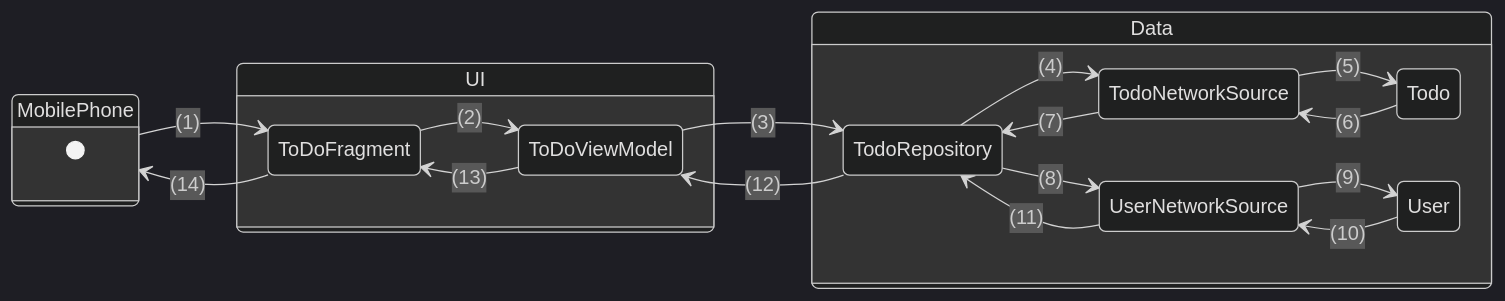
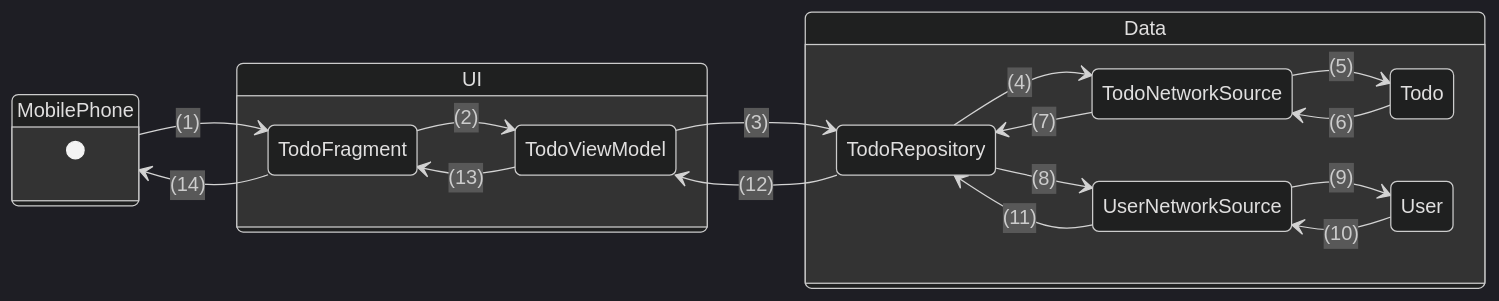
One commit to cambridge-cares/TheWorldAvatar changed the third of 3 diagrams in Apps/SampleApp/README.md. Above: the diagram before and after it, drawn with Mermaid (dark theme). The commit also changed other lines of this file, not shown here.

````diff
--- a/Apps/SampleApp/README.md
+++ b/Apps/SampleApp/README.md
@@ -229,30 +229,30 @@
 ```mermaid
     stateDiagram-v2
       direction LR
 
-      MobilePhone --> ToDoFragment: (1)
-      ToDoViewModel --> TodoRepository: (3)
-      TodoRepository --> ToDoViewModel: (12)
-      ToDoFragment --> MobilePhone: (14)
+      MobilePhone --> TodoFragment: (1)
+      TodoViewModel --> TodoRepository: (3)
+      TodoRepository --> TodoViewModel: (12)
+      TodoFragment --> MobilePhone: (14)
 
       state MobilePhone {
         [*]
       }
 
       state UI {
-       ToDoFragment --> ToDoViewModel: (2)
-       ToDoViewModel --> ToDoFragment: (13)
+       TodoFragment --> TodoViewModel: (2)
+       TodoViewModel --> TodoFragment: (13)
       }
 
       state Data {
         TodoRepository --> TodoNetworkSource: (4)
         TodoNetworkSource --> Todo: (5)
         Todo --> TodoNetworkSource: (6)
         TodoNetworkSource --> TodoRepository: (7)
 
         TodoRepository --> UserNetworkSource: (8)
         UserNetworkSource --> User: (9)
         User --> UserNetworkSource: (10)
         UserNetworkSource --> TodoRepository: (11)
       }
 ```
````
